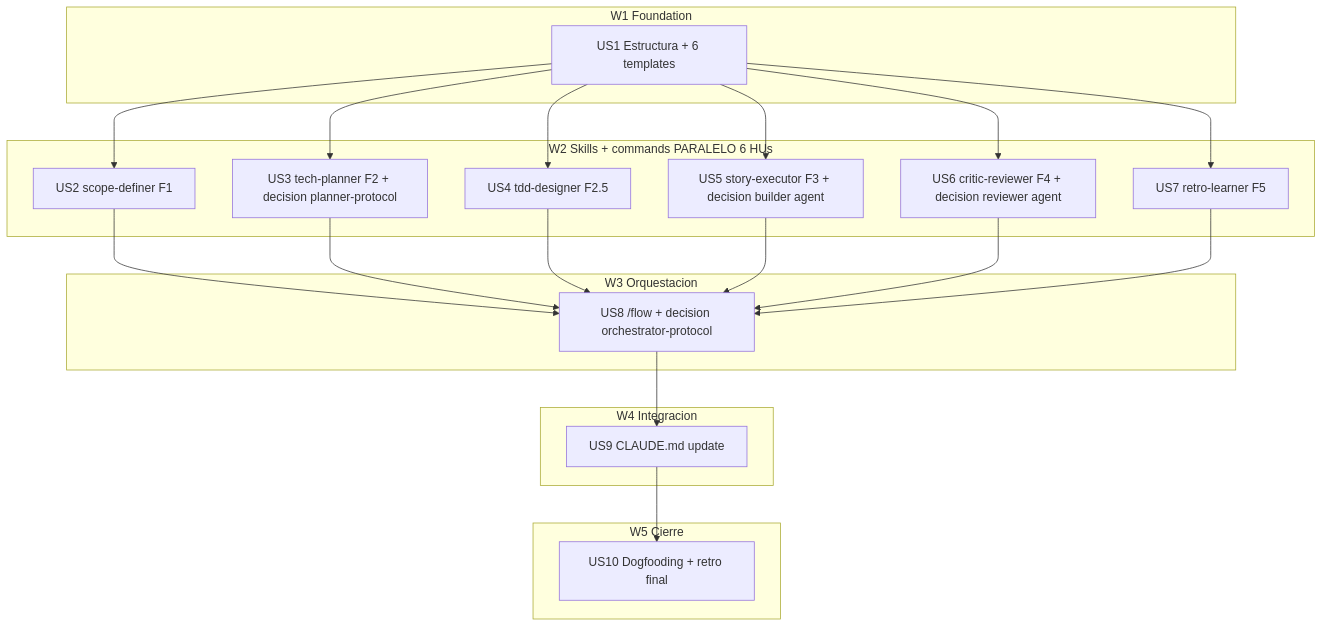
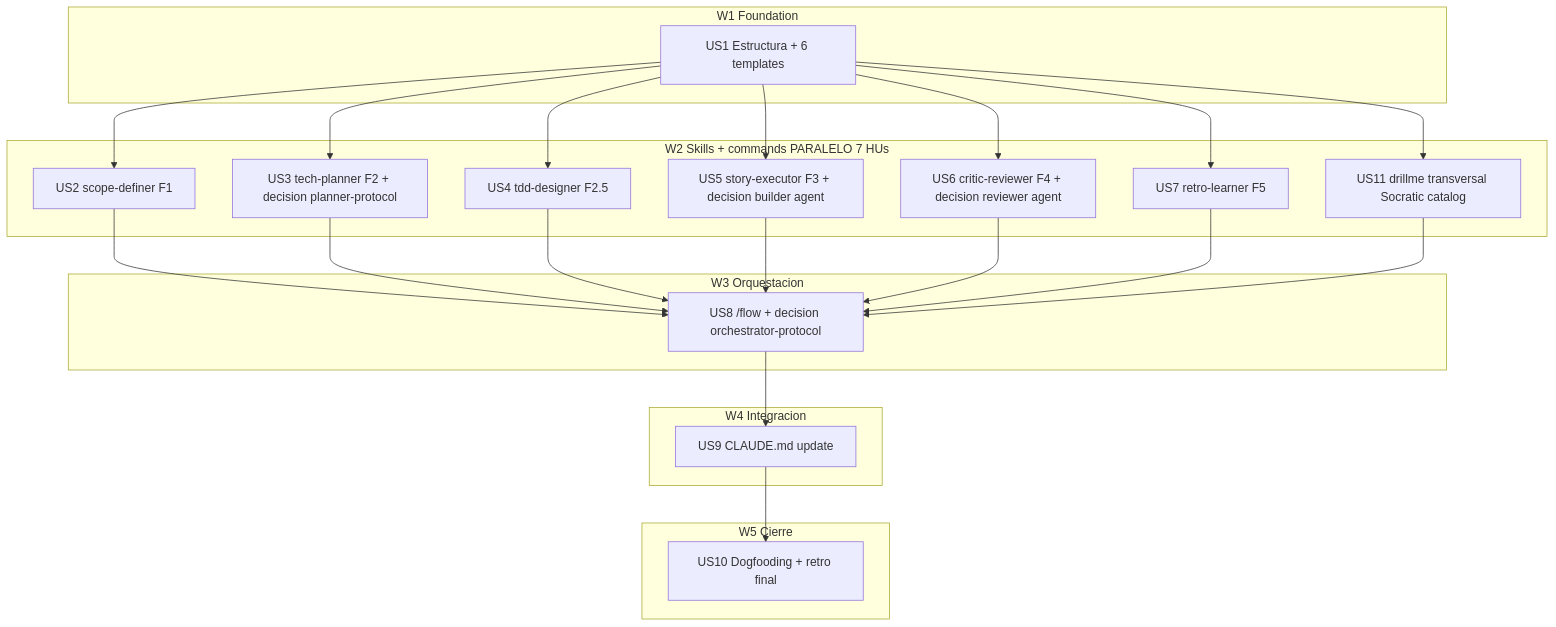
Before and after one commit to MaciWP/claude-code-poneglyph: the diagram in .claude/plans/001-poneglyph-5phase-workflow/tasks/index.md, drawn with Mermaid. The commit also changed other lines of this file and 19 other files, not shown here.

````diff
--- a/.claude/plans/001-poneglyph-5phase-workflow/tasks/index.md
+++ b/.claude/plans/001-poneglyph-5phase-workflow/tasks/index.md
@@ -36,44 +37,47 @@
 ```mermaid
 graph TD
   subgraph "W1 Foundation"
     US1[US1 Estructura + 6 templates]
   end
 
-  subgraph "W2 Skills + commands PARALELO 6 HUs"
+  subgraph "W2 Skills + commands PARALELO 7 HUs"
     US2[US2 scope-definer F1]
     US3[US3 tech-planner F2 + decision planner-protocol]
     US4[US4 tdd-designer F2.5]
     US5[US5 story-executor F3 + decision builder agent]
     US6[US6 critic-reviewer F4 + decision reviewer agent]
     US7[US7 retro-learner F5]
+    US11[US11 drillme transversal Socratic catalog]
   end
 
   subgraph "W3 Orquestacion"
     US8[US8 /flow + decision orchestrator-protocol]
   end
 
   subgraph "W4 Integracion"
     US9[US9 CLAUDE.md update]
   end
 
   subgraph "W5 Cierre"
     US10[US10 Dogfooding + retro final]
   end
 
   US1 --> US2
   US1 --> US3
   US1 --> US4
   US1 --> US5
   US1 --> US6
   US1 --> US7
+  US1 --> US11
 
   US2 --> US8
   US3 --> US8
   US4 --> US8
   US5 --> US8
   US6 --> US8
   US7 --> US8
+  US11 --> US8
 
   US8 --> US9
   US9 --> US10
 ```
````
